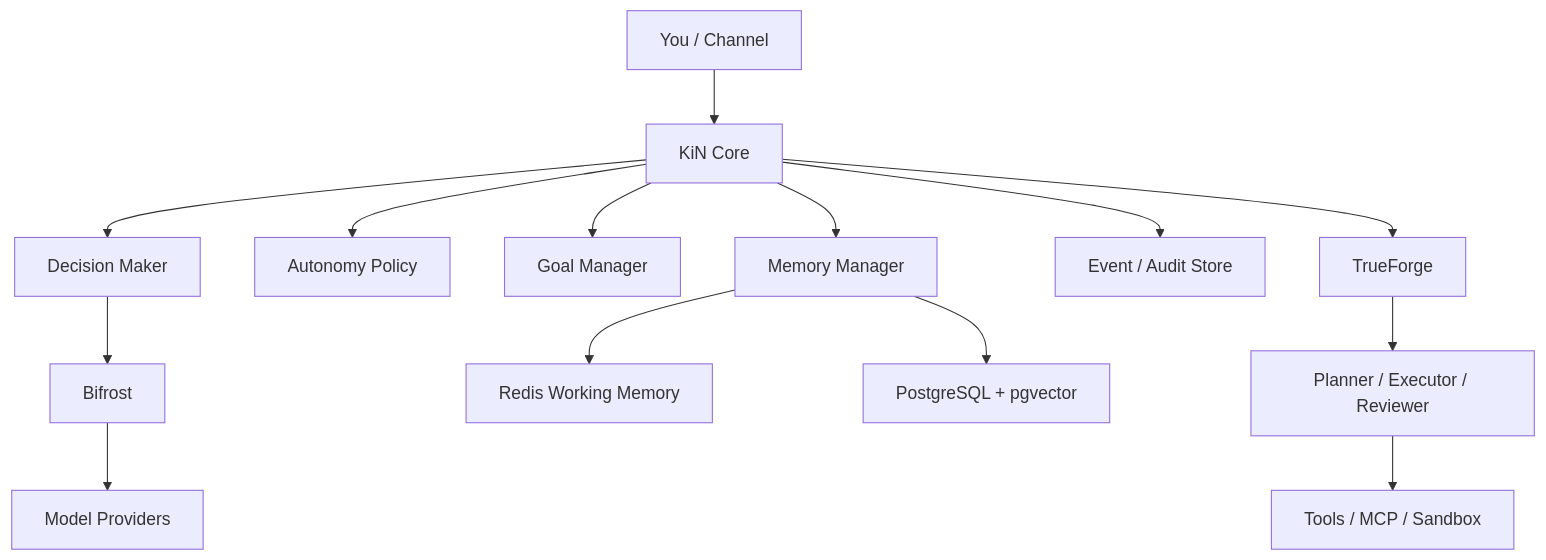
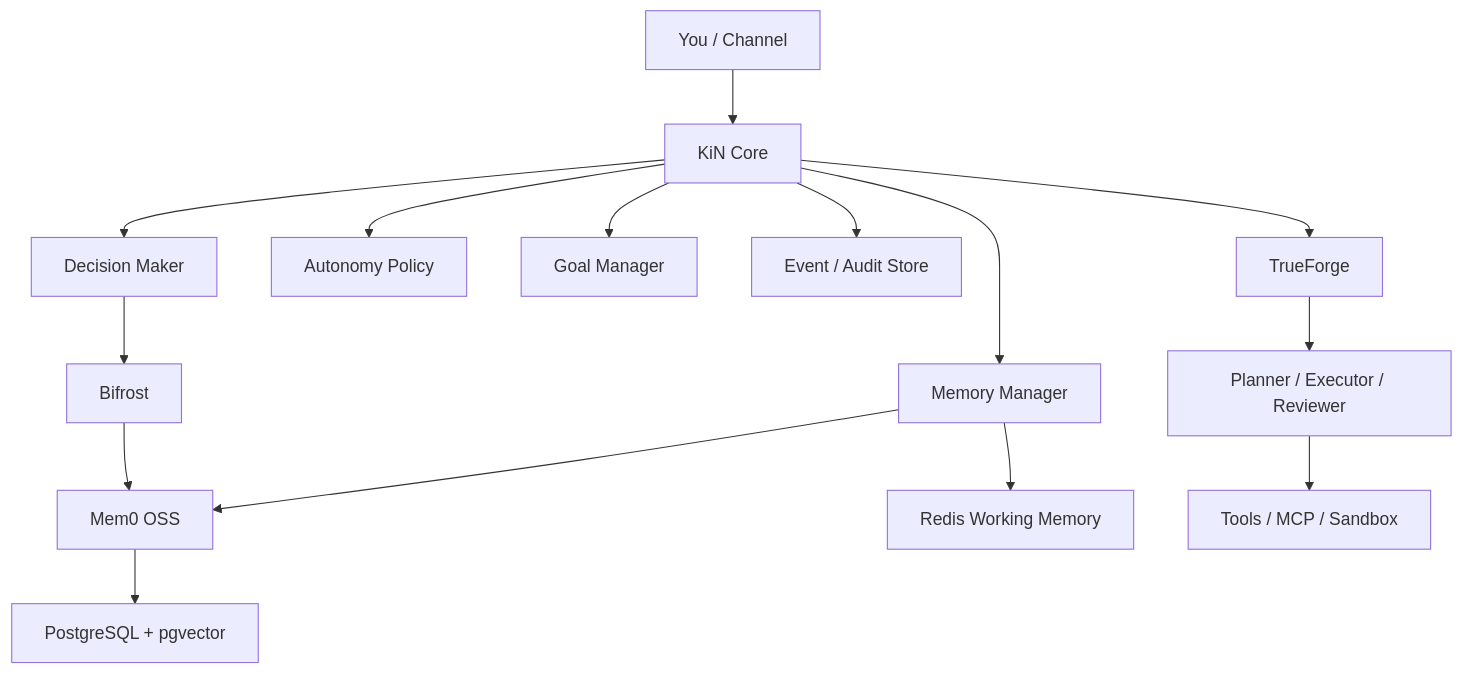
One commit to vaheed/KiN changed the first of 8 diagrams in ARCHITECTURE.md. Above: the diagram before and after it, drawn with Mermaid. The commit also changed other lines of this file, not shown here.

Commit message:
docs(architecture): make Mem0 the durable memory boundary

````diff
--- a/ARCHITECTURE.md
+++ b/ARCHITECTURE.md
@@ -7,16 +7,17 @@
 ```mermaid
 flowchart TD
     U[You / Channel] --> K[KiN Core]
     K --> D[Decision Maker]
     D --> B[Bifrost]
     B --> M[Model Providers]
     K --> A[Autonomy Policy]
     K --> G[Goal Manager]
     K --> MM[Memory Manager]
     K --> E[Event / Audit Store]
     MM --> R[Redis Working Memory]
-    MM --> P[PostgreSQL + pgvector]
+    MM --> M[Mem0 OSS]
+    M --> P[PostgreSQL + pgvector]
     K --> T[TrueForge]
     T --> X[Planner / Executor / Reviewer]
     X --> TOOLS[Tools / MCP / Sandbox]
 ```
````
